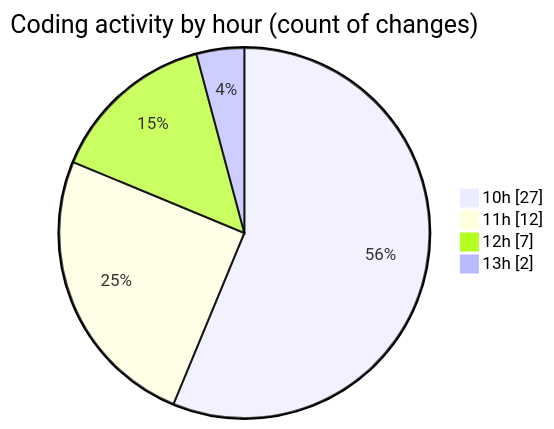
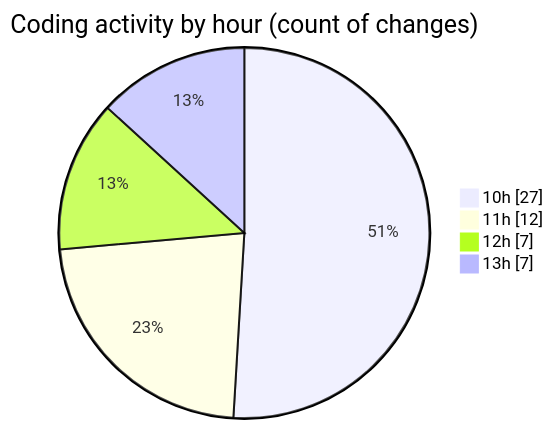
Before and after one commit to MatusMokan/code-tracking: the second of 2 diagrams in 2025-03-01/myws__workspace_/README.md, drawn with Mermaid. The commit also changed other lines of this file and 1 other file, not shown here.

````diff
--- a/2025-03-01/myws__workspace_/README.md
+++ b/2025-03-01/myws__workspace_/README.md
@@ -33,8 +36,8 @@
 ```mermaid
 pie showData
 title Coding activity by hour (count of changes)
 "10h" : 27
 "11h" : 12
 "12h" : 7
-"13h" : 2
+"13h" : 7
 ```
````
